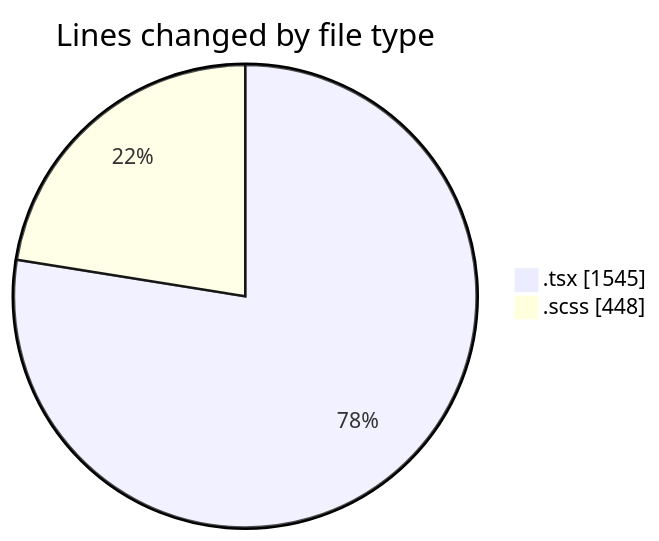
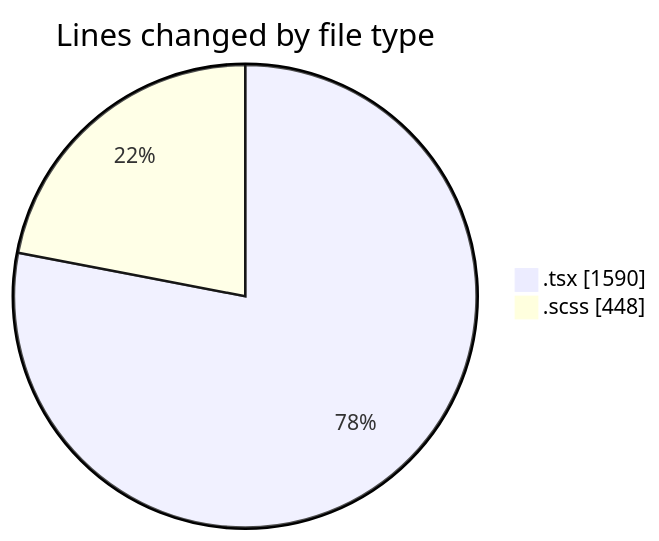
One commit to momahboobian/code-tracking changed the first of 2 diagrams in 2025-04-10/cda/README.md. Above: the diagram before and after it, drawn with Mermaid. The commit also changed other lines of this file and 1 other file, not shown here.

````diff
--- a/2025-04-10/cda/README.md
+++ b/2025-04-10/cda/README.md
@@ -24,6 +24,6 @@
 ```mermaid
 pie showData
 title Lines changed by file type
-".tsx" : 1545
+".tsx" : 1590
 ".scss" : 448
 ```
````
